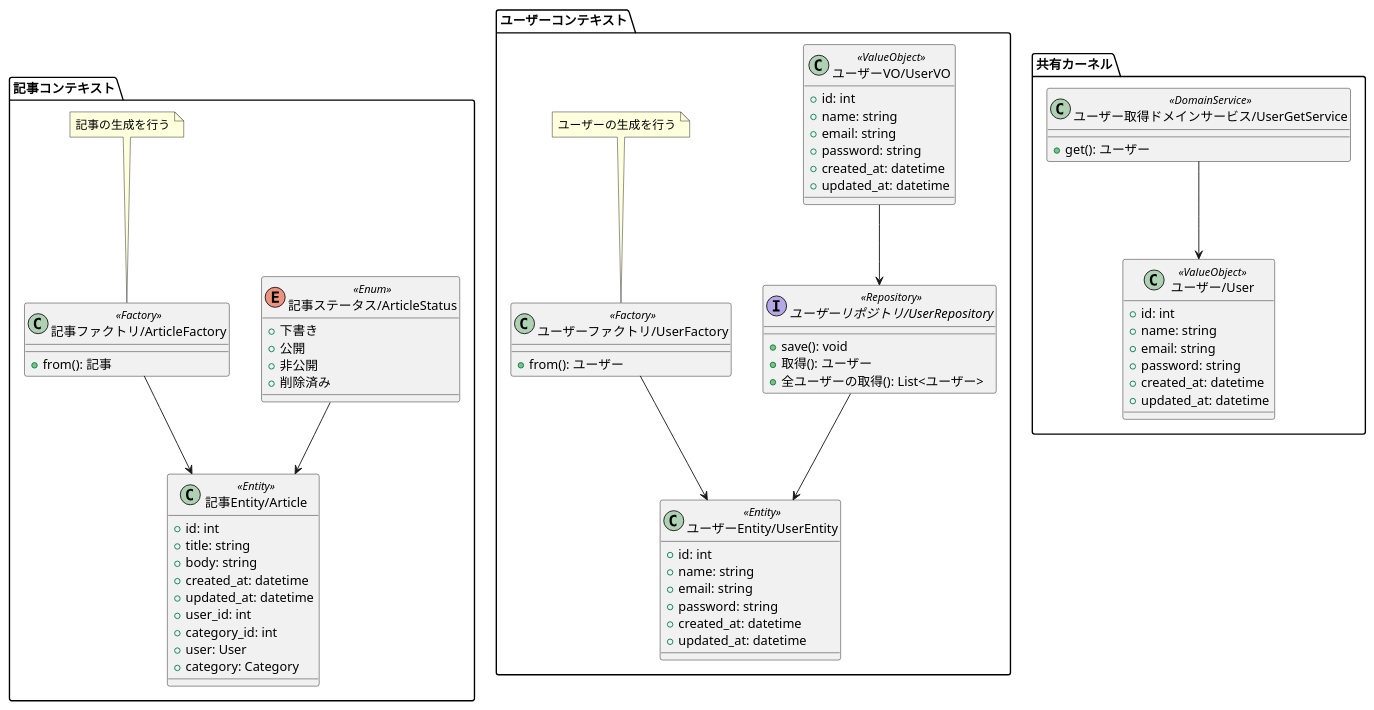
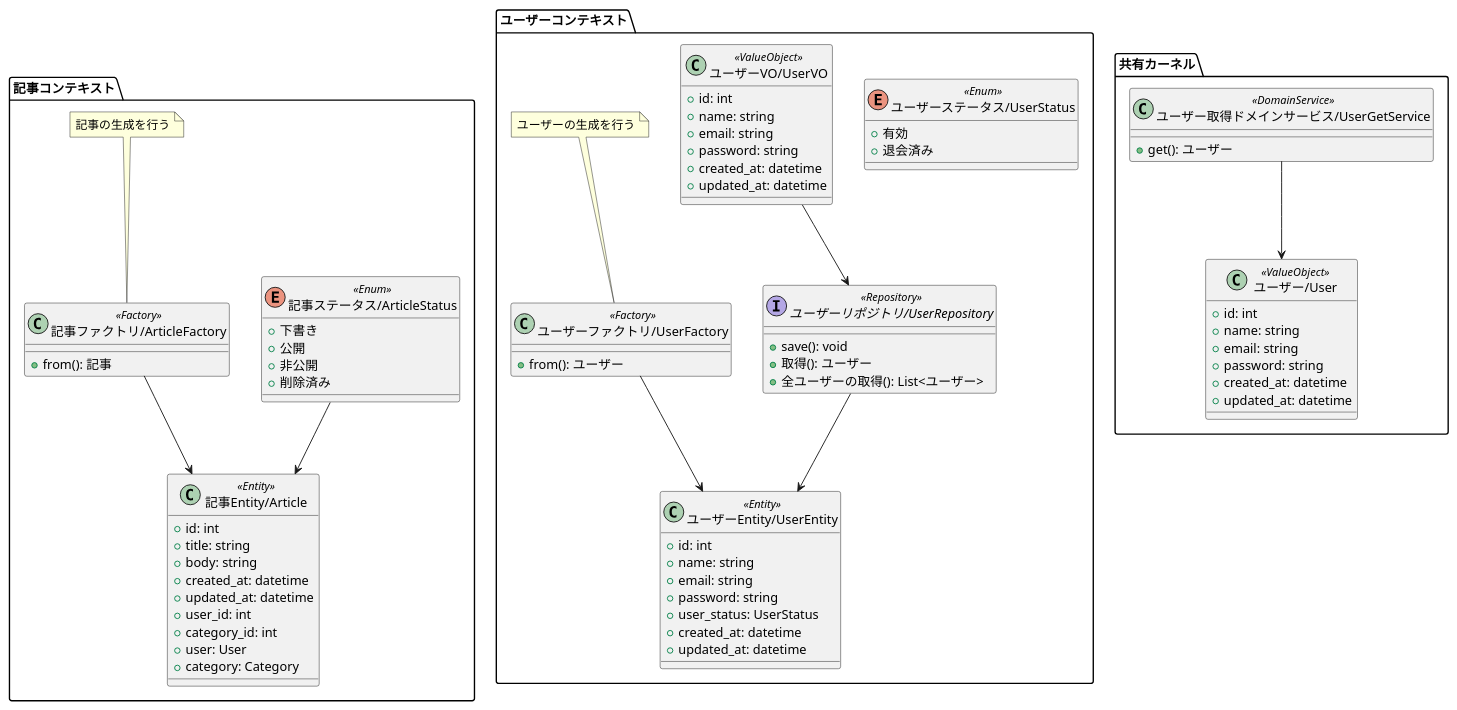
Before and after one commit to AiriNarita/DevConnect-Documents: the diagram in model/model.pu, drawn with PlantUML.

Commit message:
feat: add enum

```diff
--- a/model/model.pu
+++ b/model/model.pu
@@ -1,95 +1,98 @@
 @startuml
 
 package 記事コンテキスト{
 
 class 記事 as "記事Entity/Article" << Entity >>{
     + id: int
     + title: string
     + body: string
     + created_at: datetime
     + updated_at: datetime
     + user_id: int
     + category_id: int
     + user: User
     + category: Category
 }
 
 enum 記事ステータス as "記事ステータス/ArticleStatus" << Enum >> {
     + 下書き
     + 公開
     + 非公開
     + 削除済み
 }
 
 class 記事ファクトリ as "記事ファクトリ/ArticleFactory" << Factory >> {
     + from(): 記事
 }
 note top of 記事ファクトリ
     記事の生成を行う
 end note
 
 記事ステータス --> 記事
 記事ファクトリ --> 記事
 
 }
 
 package ユーザーコンテキスト{
 
 
 class ユーザー as "ユーザーEntity/UserEntity" << Entity >>{
     + id: int
     + name: string
     + email: string
     + password: string
+    + user_status: UserStatus
     + created_at: datetime
     + updated_at: datetime
+}
+
+enum ユーザーステータス as "ユーザーステータス/UserStatus" << Enum >> {
+    + 有効
+    + 退会済み
 }
 
 class ユーザーVO as "ユーザーVO/UserVO" << ValueObject >>{
     + id: int
     + name: string
     + email: string
     + password: string
     + created_at: datetime
     + updated_at: datetime
 }
 
 class ユーザーファクトリ as "ユーザーファクトリ/UserFactory" << Factory >> {
     + from(): ユーザー
 }
 note top of ユーザーファクトリ
     ユーザーの生成を行う
 end note
 
 interface ユーザーリポジトリ as "ユーザーリポジトリ/UserRepository" << Repository >> {
     + save(): void
     + 取得(): ユーザー
     + 全ユーザーの取得(): List<ユーザー>
 
 }
 
 ユーザーリポジトリ --> ユーザー
 ユーザーファクトリ --> ユーザー
 ユーザーVO --> ユーザーリポジトリ
 }
 
 package 共有カーネル{   
 
 class ユーザー as "ユーザー/User" << ValueObject >>{
     + id: int
     + name: string
     + email: string
     + password: string
     + created_at: datetime
     + updated_at: datetime
 }
 class ユーザー取得ドメインサービス as "ユーザー取得ドメインサービス/UserGetService" << DomainService >> {
     + get(): ユーザー   
 }
 ユーザー取得ドメインサービス --> ユーザー
 }
 
-
-
-
 @enduml
```
